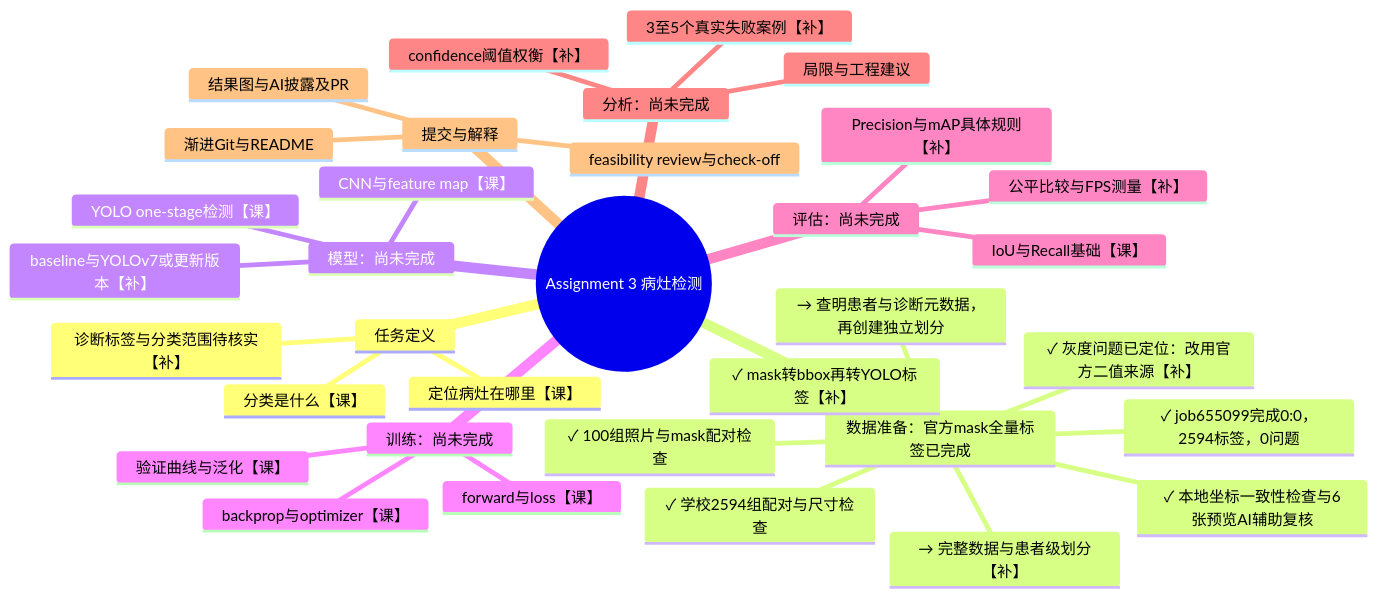
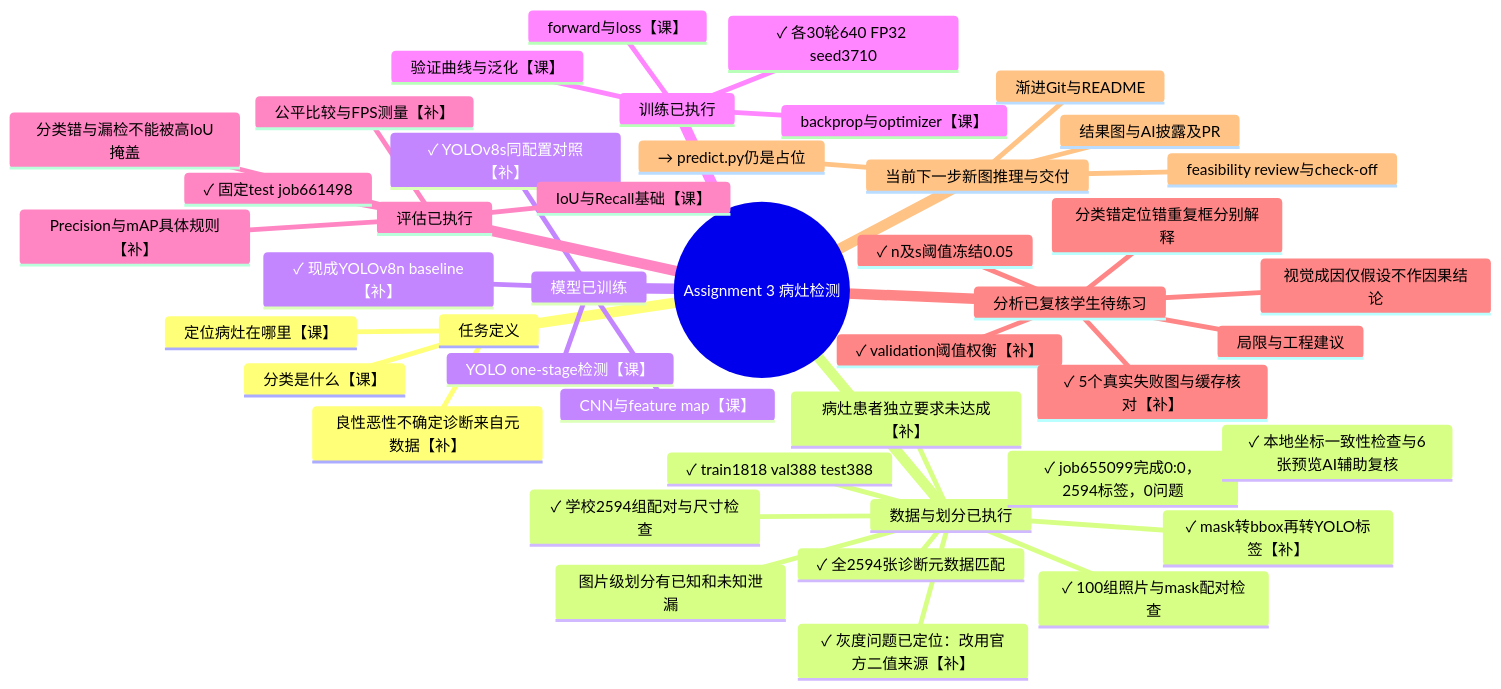
Before and after one commit to lucaaaas-glich/PatternAnalysis-2026: the diagram in recognition/YOLO_s4905914/PROJECT_MAP.md, drawn with Mermaid. The commit also changed other lines of this file and 5 other files, not shown here.

````diff
--- a/recognition/YOLO_s4905914/PROJECT_MAP.md
+++ b/recognition/YOLO_s4905914/PROJECT_MAP.md
@@ -41,37 +53,47 @@
 ```mermaid
 mindmap
   root((Assignment 3 病灶检测))
     任务定义
       定位病灶在哪里【课】
       分类是什么【课】
-      诊断标签与分类范围待核实【补】
-    数据准备：官方mask全量标签已完成
+      良性恶性不确定诊断来自元数据【补】
+    数据与划分已执行
       ✓ 100组照片与mask配对检查
       ✓ mask转bbox再转YOLO标签【补】
       ✓ 学校2594组配对与尺寸检查
       ✓ 灰度问题已定位：改用官方二值来源【补】
       ✓ job655099完成0:0，2594标签，0问题
       ✓ 本地坐标一致性检查与6张预览AI辅助复核
-      → 查明患者与诊断元数据，再创建独立划分
-      → 完整数据与患者级划分【补】
-    模型：尚未完成
+      ✓ 全2594张诊断元数据匹配
+      ✓ train1818 val388 test388
+      图片级划分有已知和未知泄漏
+      病灶患者独立要求未达成【补】
+    模型已训练
       CNN与feature map【课】
       YOLO one-stage检测【课】
-      baseline与YOLOv7或更新版本【补】
-    训练：尚未完成
+      ✓ 现成YOLOv8n baseline【补】
+      ✓ YOLOv8s同配置对照【补】
+    训练已执行
       forward与loss【课】
       backprop与optimizer【课】
       验证曲线与泛化【课】
-    评估：尚未完成
+      ✓ 各30轮640 FP32 seed3710
+    评估已执行
       IoU与Recall基础【课】
       Precision与mAP具体规则【补】
       公平比较与FPS测量【补】
-    分析：尚未完成
-      confidence阈值权衡【补】
-      3至5个真实失败案例【补】
+      ✓ 固定test job661498
+      分类错与漏检不能被高IoU掩盖
+    分析已复核学生待练习
+      ✓ validation阈值权衡【补】
+      ✓ n及s阈值冻结0.05
+      ✓ 5个真实失败图与缓存核对【补】
+      分类错定位错重复框分别解释
+      视觉成因仅假设不作因果结论
       局限与工程建议
-    提交与解释
+    当前下一步新图推理与交付
+      → predict.py仍是占位
       渐进Git与README
       feasibility review与check-off
       结果图与AI披露及PR
 ```
````
